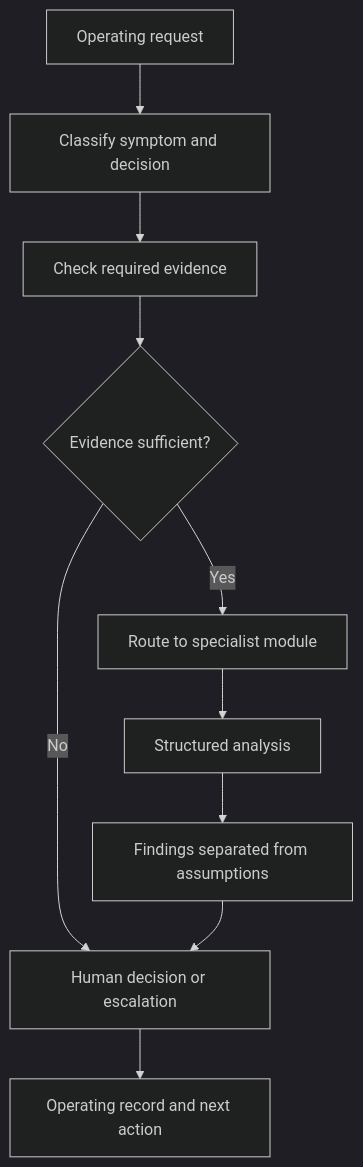
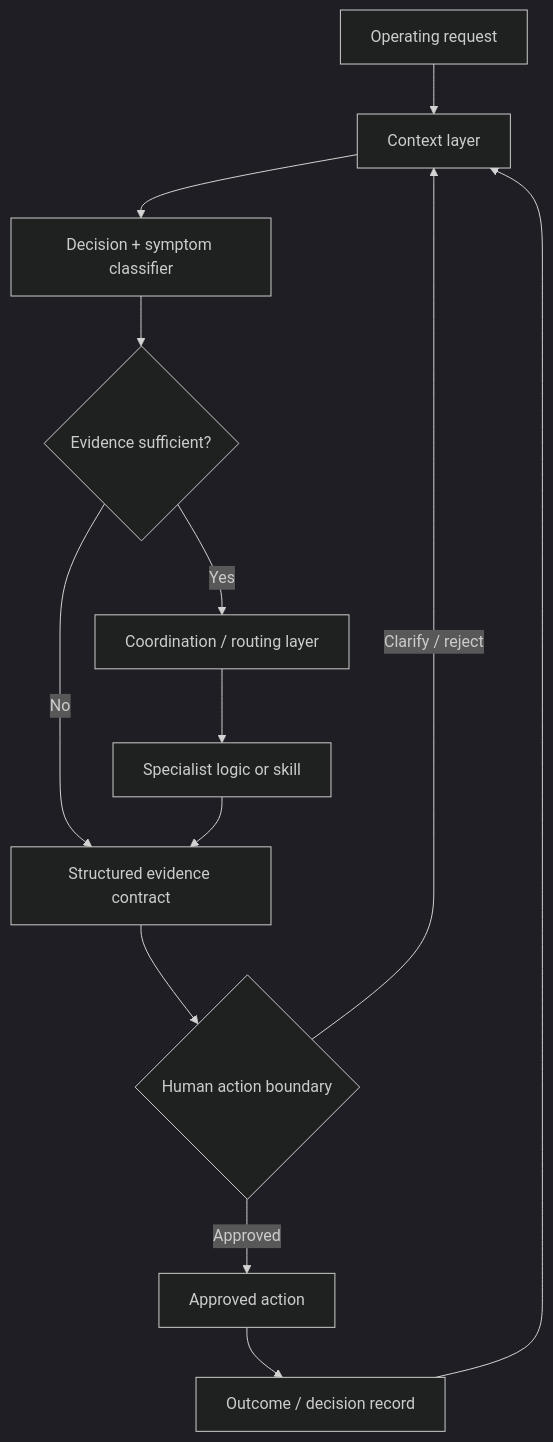
The diagram in skills/command-center/README.md (christopher-swarup-labs/portfolio-index), drawn with Mermaid (dark theme) before and after one commit. The commit also changed other lines of this file, not shown here.

Commit message:
Upgrade GTM Command Center architecture

````diff
--- a/skills/command-center/README.md
+++ b/skills/command-center/README.md
@@ -26,16 +17,21 @@
 ```mermaid
-flowchart TD
+flowchart TB
     A[Operating request]
-    B[Classify symptom and decision]
-    C[Check required evidence]
+    B[Context layer]
+    C[Decision + symptom classifier]
     D{Evidence sufficient?}
-    E[Route to specialist module]
-    F[Structured analysis]
-    G[Findings separated from assumptions]
-    H[Human decision or escalation]
-    I[Operating record and next action]
+    E[Coordination / routing layer]
+    F[Specialist logic or skill]
+    G[Structured evidence contract]
+    H{Human action boundary}
+    I[Approved action]
+    J[Outcome / decision record]
 
     A --> B --> C --> D
-    D -->|No| H
-    D -->|Yes| E --> F --> G --> H --> I
+    D -->|No| G
+    D -->|Yes| E --> F --> G
+    G --> H
+    H -->|Approved| I --> J
+    H -->|Clarify / reject| B
+    J --> B
 ```
````
